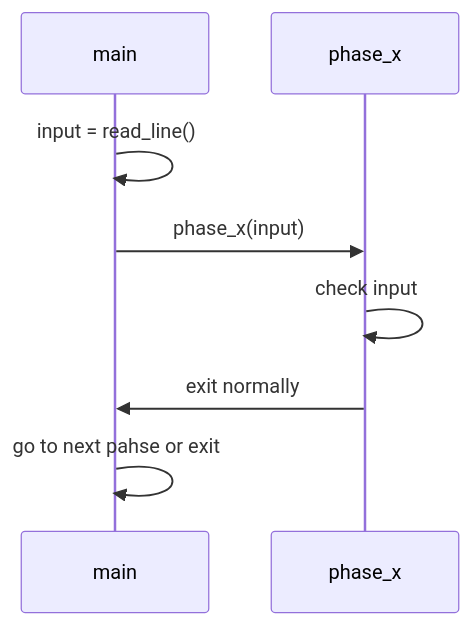
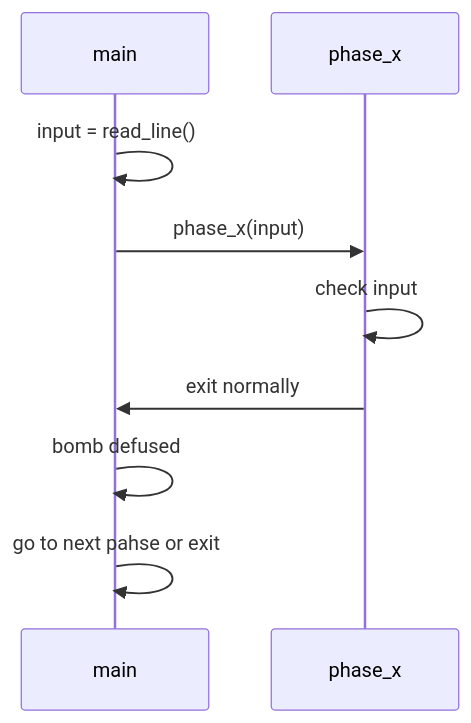
One commit to ClSlaid/clslaid.icu changed the diagram in content/posts/CSAPP-bomb-lab.md. Above: the diagram before and after it, drawn with Mermaid. The commit also changed other lines of this file, not shown here.

````diff
--- a/content/posts/CSAPP-bomb-lab.md
+++ b/content/posts/CSAPP-bomb-lab.md
@@ -23,10 +23,11 @@
-{{<mermaid>}}
+```mermaid
 sequenceDiagram
     participant main
     participant phase_x
     main ->> main: input = read_line()
     main ->> phase_x: phase_x(input)
     phase_x ->> phase_x: check input
     phase_x ->> main: exit normally
+    main ->> main: bomb defused
     main ->> main: go to next pahse or exit
-{{</mermaid>}}
+```
````
